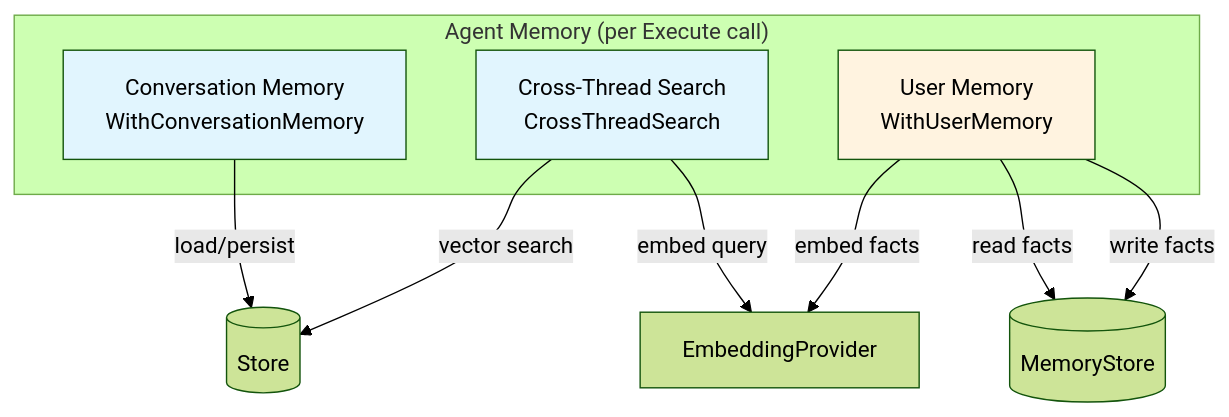
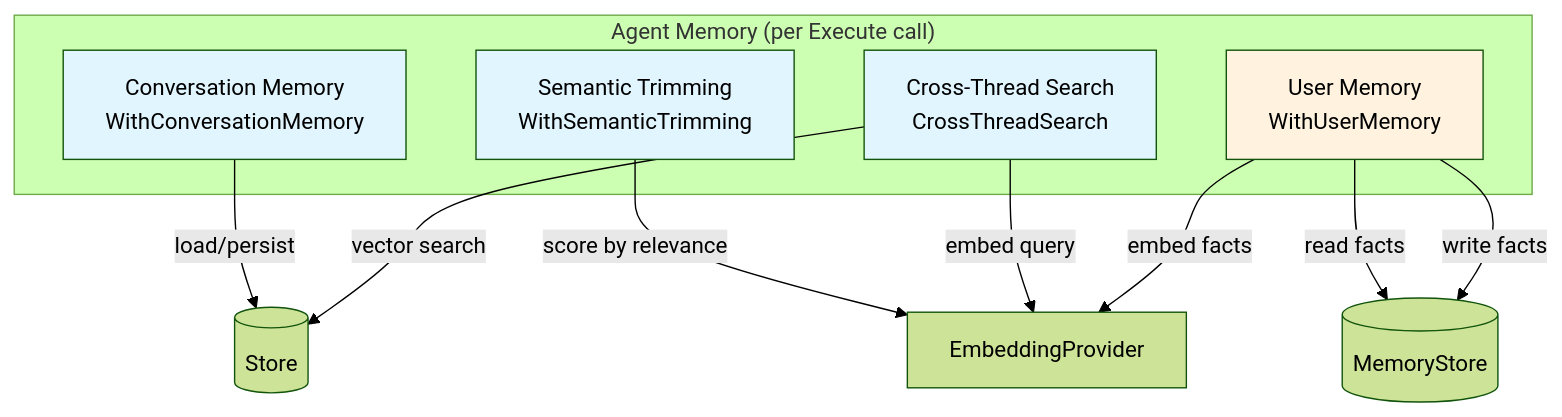
One commit to nevindra/oasis changed the first of 3 diagrams in docs/concepts/memory.md. Above: the diagram before and after it, drawn with Mermaid (forest theme). The commit also changed other lines of this file and 23 other files, not shown here.

First line of the commit message:
feat(agent,provider): generation params, thinking visibility, semantic trimming

````diff
--- a/docs/concepts/memory.md
+++ b/docs/concepts/memory.md
@@ -7,19 +7,22 @@
 ```mermaid
 graph TB
     subgraph "Agent Memory (per Execute call)"
         CONV[Conversation Memory<br>WithConversationMemory]
+        TRIM[Semantic Trimming<br>WithSemanticTrimming]
         CROSS[Cross-Thread Search<br>CrossThreadSearch]
         USER[User Memory<br>WithUserMemory]
     end
 
     CONV -->|"load/persist"| STORE[(Store)]
+    TRIM -->|"score by relevance"| EMB[EmbeddingProvider]
     CROSS -->|"vector search"| STORE
     USER -->|"read facts"| MEM[(MemoryStore)]
     USER -->|"write facts"| MEM
-    CROSS -->|"embed query"| EMB[EmbeddingProvider]
+    CROSS -->|"embed query"| EMB
     USER -->|"embed facts"| EMB
 
     style CONV fill:#e1f5fe
+    style TRIM fill:#e1f5fe
     style CROSS fill:#e1f5fe
     style USER fill:#fff3e0
 ```
````
